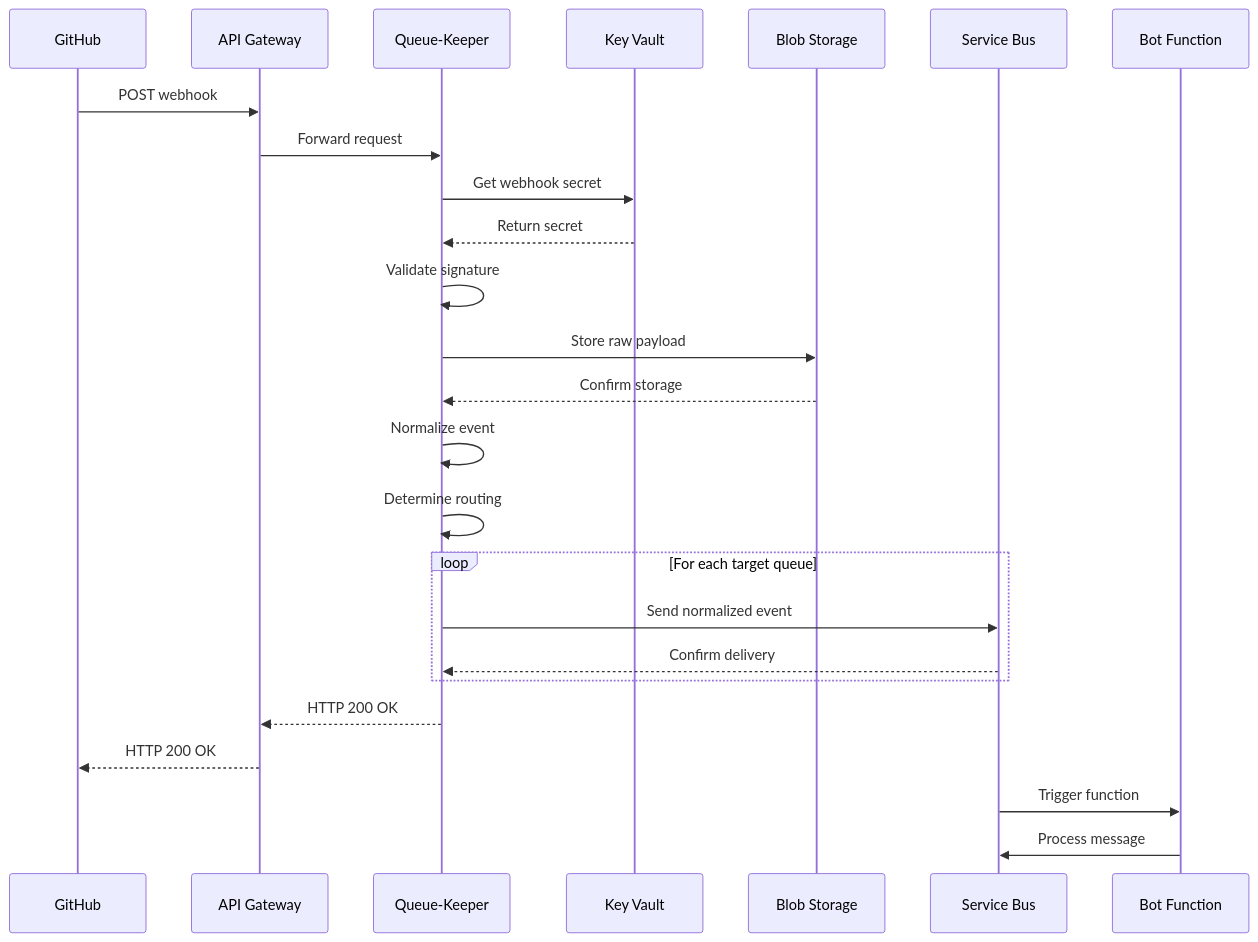
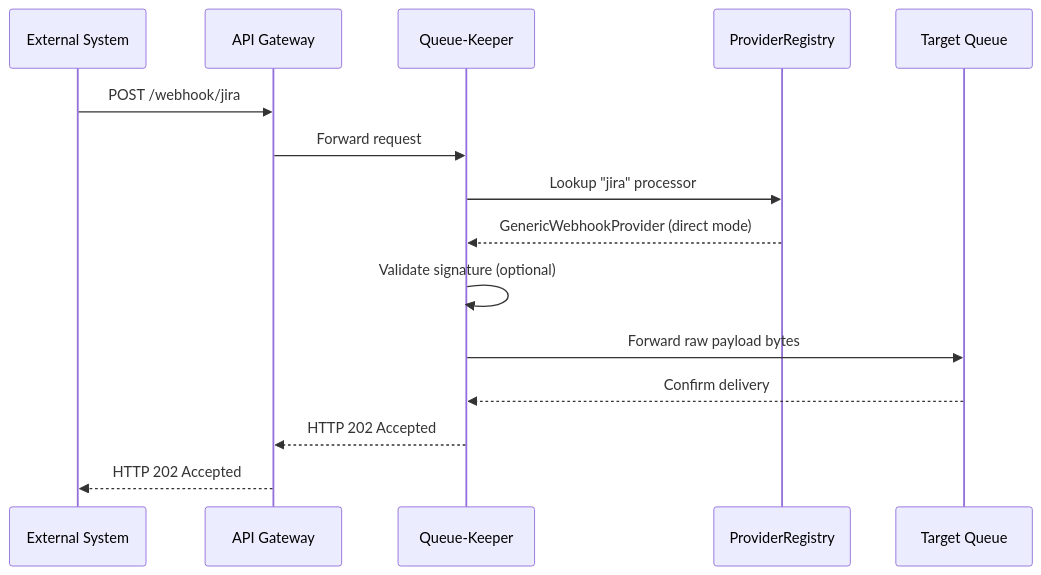
One commit to pvandervelde/queue_keeper changed the fourth of 9 diagrams in specs/architecture/README.md. Above: the diagram before and after it, drawn with Mermaid. The commit also changed other lines of this file and 5 other files, not shown here.

````diff
--- a/specs/architecture/README.md
+++ b/specs/architecture/README.md
@@ -177,34 +290,21 @@
 ```mermaid
 sequenceDiagram
-    participant GH as GitHub
+    participant EXT as External System
     participant AG as API Gateway
     participant QK as Queue-Keeper
-    participant KV as Key Vault
-    participant BS as Blob Storage
-    participant SB as Service Bus
-    participant BOT as Bot Function
+    participant PR as ProviderRegistry
+    participant SB as Target Queue
 
-    GH->>AG: POST webhook
+    EXT->>AG: POST /webhook/jira
     AG->>QK: Forward request
 
-    QK->>KV: Get webhook secret
-    KV-->>QK: Return secret
-    QK->>QK: Validate signature
+    QK->>PR: Lookup "jira" processor
+    PR-->>QK: GenericWebhookProvider (direct mode)
+    QK->>QK: Validate signature (optional)
 
-    QK->>BS: Store raw payload
-    BS-->>QK: Confirm storage
+    QK->>SB: Forward raw payload bytes
+    SB-->>QK: Confirm delivery
 
-    QK->>QK: Normalize event
-    QK->>QK: Determine routing
-
-    loop For each target queue
-        QK->>SB: Send normalized event
-        SB-->>QK: Confirm delivery
-    end
-
-    QK-->>AG: HTTP 200 OK
-    AG-->>GH: HTTP 200 OK
-
-    SB->>BOT: Trigger function
-    BOT->>SB: Process message
+    QK-->>AG: HTTP 202 Accepted
+    AG-->>EXT: HTTP 202 Accepted
 ```
````
